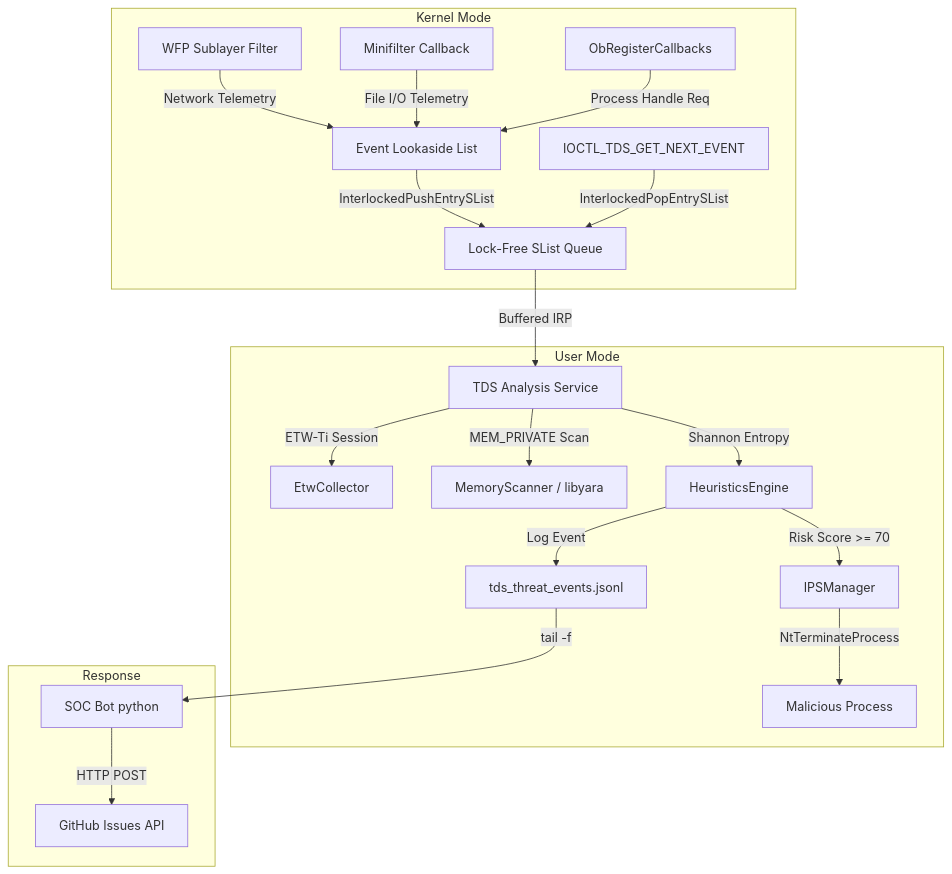
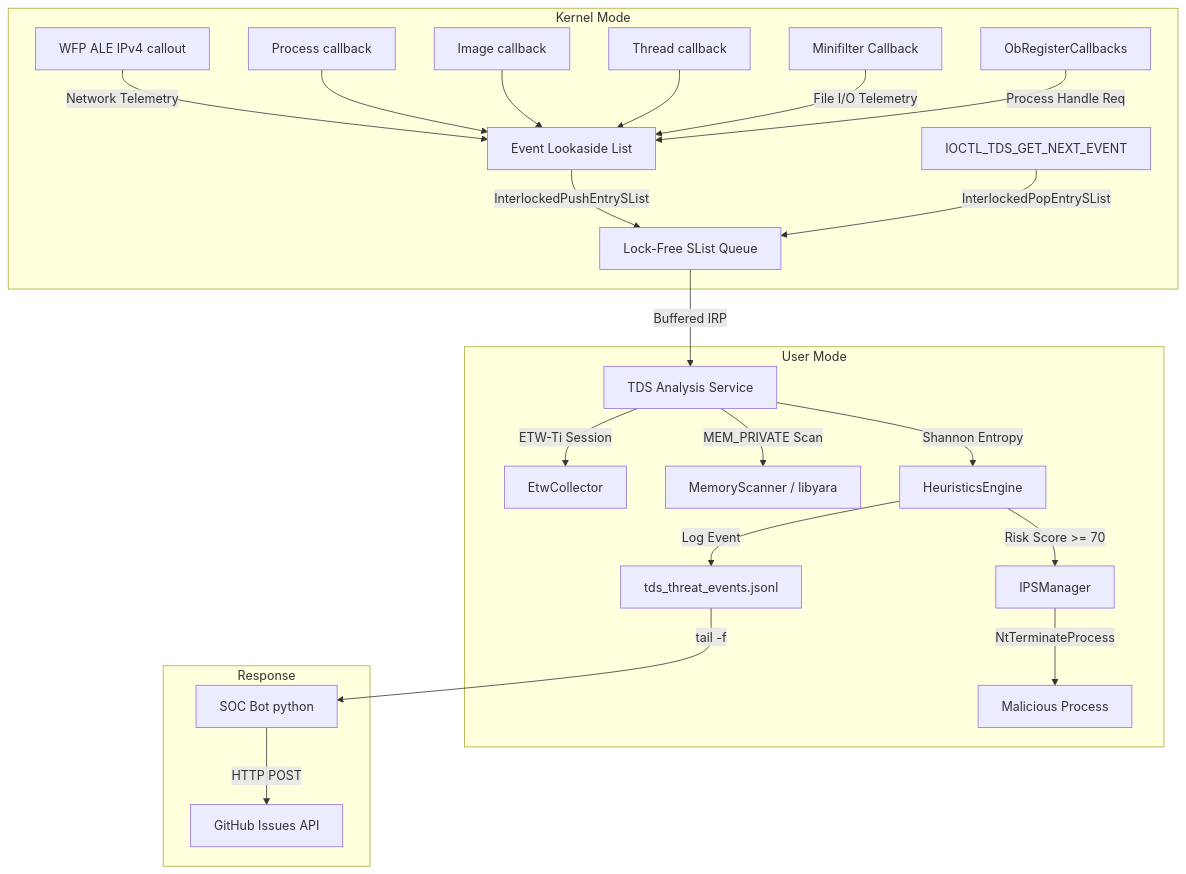
Before and after one commit to genesisgzdev/threat-detection-suite: the diagram in README.md, drawn with Mermaid. The commit also changed other lines of this file and 5 other files, not shown here.

````diff
--- a/README.md
+++ b/README.md
@@ -20,25 +20,28 @@
 ```mermaid
 graph TD;
     subgraph Ring 0 [Kernel Mode]
-        WFP[WFP Sublayer Filter] --> |Network Telemetry| EL[Event Lookaside List];
+        WFP[WFP ALE IPv4 callout] --> |Network Telemetry| EL[Event Lookaside List];
+        PROC[Process callback] --> EL;
+        IMG[Image callback] --> EL;
+        THR[Thread callback] --> EL;
         MF[Minifilter Callback] --> |File I/O Telemetry| EL;
         OB[ObRegisterCallbacks] --> |Process Handle Req| EL;
         EL --> |InterlockedPushEntrySList| SList[Lock-Free SList Queue];
         IOCTL[IOCTL_TDS_GET_NEXT_EVENT] --> |InterlockedPopEntrySList| SList;
     end
 
     subgraph Ring 3 [User Mode]
         SList --> |Buffered IRP| Svc[TDS Analysis Service];
         Svc --> |ETW-Ti Session| ETW[EtwCollector];
         Svc --> |MEM_PRIVATE Scan| YARA[MemoryScanner / libyara];
         Svc --> |Shannon Entropy| Heuristics[HeuristicsEngine];
         Heuristics --> |Risk Score >= 70| IPS[IPSManager];
         IPS --> |NtTerminateProcess| Threat[Malicious Process];
         Heuristics --> |Log Event| Log[tds_threat_events.jsonl];
     end
     
     subgraph Automation [Response]
         Log --> |tail -f| Bot[SOC Bot python];
         Bot --> |HTTP POST| GitHub[GitHub Issues API];
     end
 ```
````
